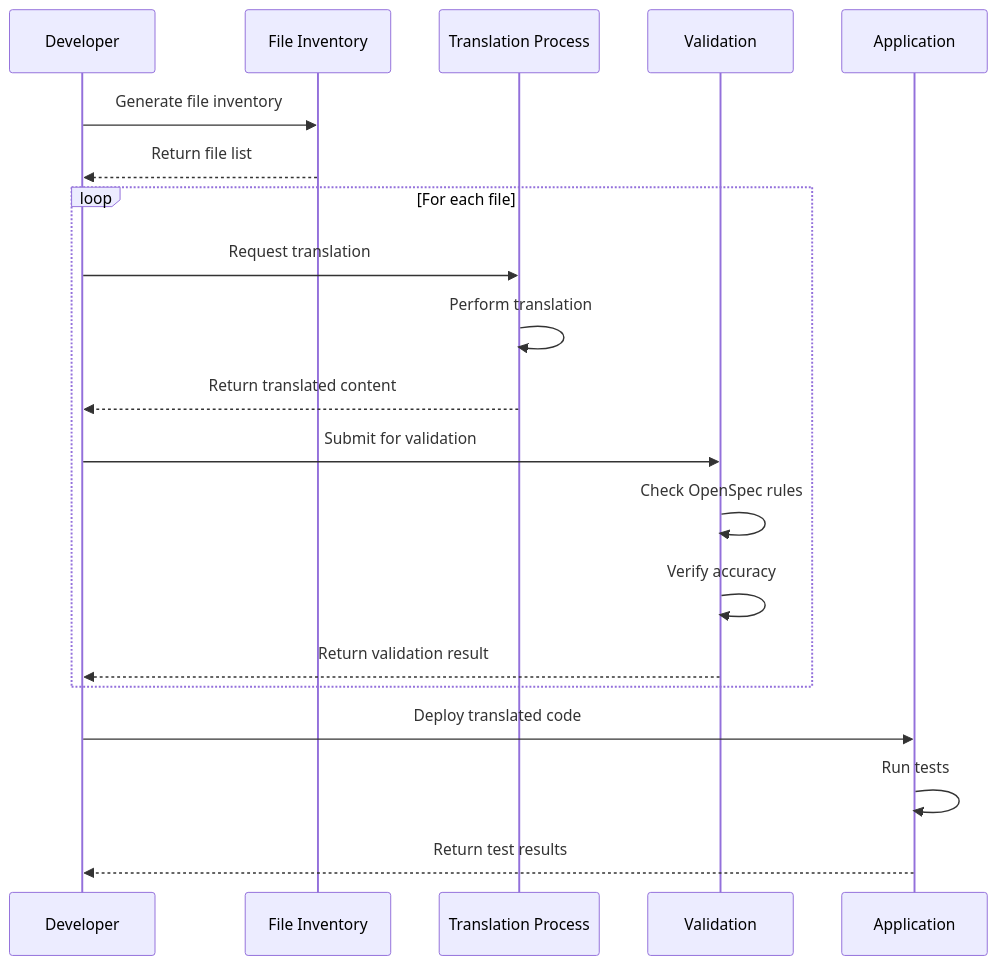
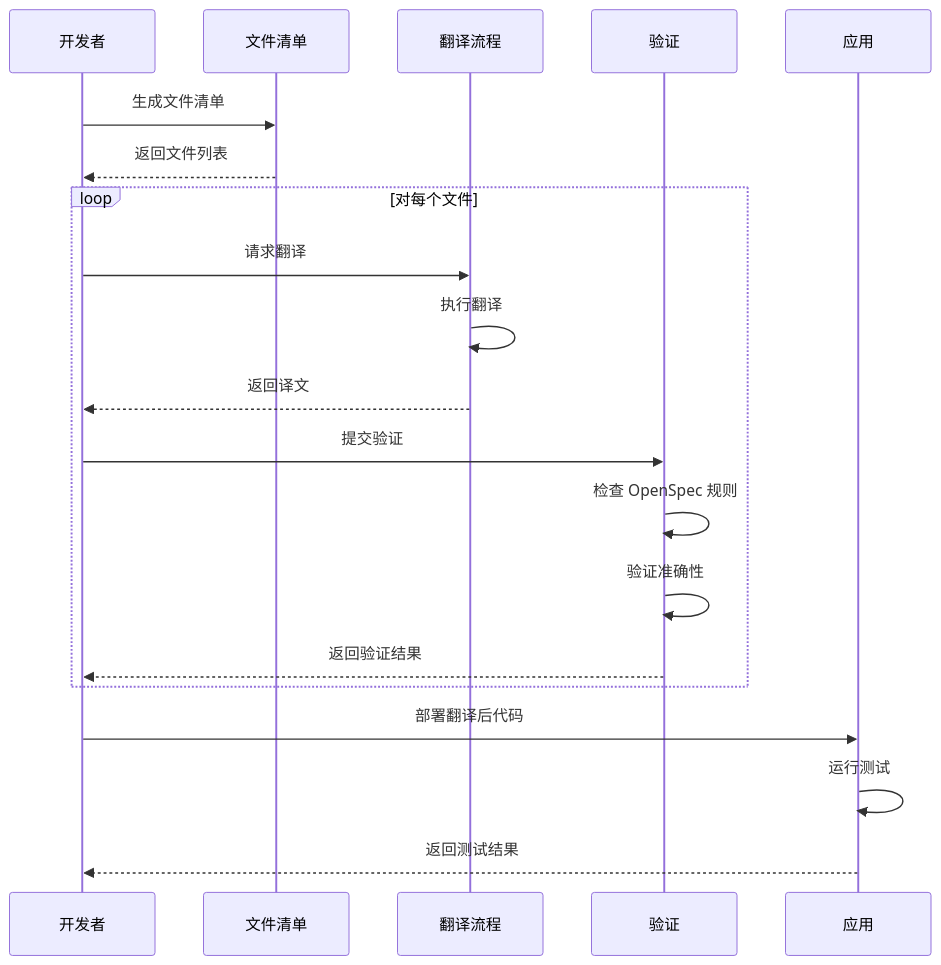
Before and after one commit to feewillowherb/MaterialClient: the second of 2 diagrams in openspec/changes/archive/2026-03-03-chinese-language-localization/design.md, drawn with Mermaid. The commit also changed other lines of this file and 100 other files, not shown here.

````diff
--- a/openspec/changes/archive/2026-03-03-chinese-language-localization/design.md
+++ b/openspec/changes/archive/2026-03-03-chinese-language-localization/design.md
@@ -317,23 +314,23 @@
 ```mermaid
 sequenceDiagram
-    participant Dev as Developer
-    participant Inv as File Inventory
-    participant Trans as Translation Process
-    participant Val as Validation
-    participant App as Application
+    participant Dev as 开发者
+    participant Inv as 文件清单
+    participant Trans as 翻译流程
+    participant Val as 验证
+    participant App as 应用
 
-    Dev->>Inv: Generate file inventory
-    Inv-->>Dev: Return file list
-    loop For each file
-        Dev->>Trans: Request translation
-        Trans->>Trans: Perform translation
-        Trans-->>Dev: Return translated content
-        Dev->>Val: Submit for validation
-        Val->>Val: Check OpenSpec rules
-        Val->>Val: Verify accuracy
-        Val-->>Dev: Return validation result
+    Dev->>Inv: 生成文件清单
+    Inv-->>Dev: 返回文件列表
+    loop 对每个文件
+        Dev->>Trans: 请求翻译
+        Trans->>Trans: 执行翻译
+        Trans-->>Dev: 返回译文
+        Dev->>Val: 提交验证
+        Val->>Val: 检查 OpenSpec 规则
+        Val->>Val: 验证准确性
+        Val-->>Dev: 返回验证结果
     end
-    Dev->>App: Deploy translated code
-    App->>App: Run tests
-    App-->>Dev: Return test results
+    Dev->>App: 部署翻译后代码
+    App->>App: 运行测试
+    App-->>Dev: 返回测试结果
 ```
````
